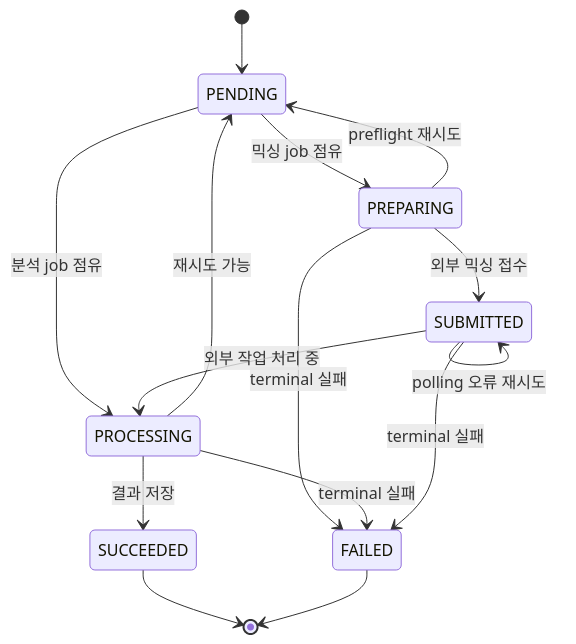
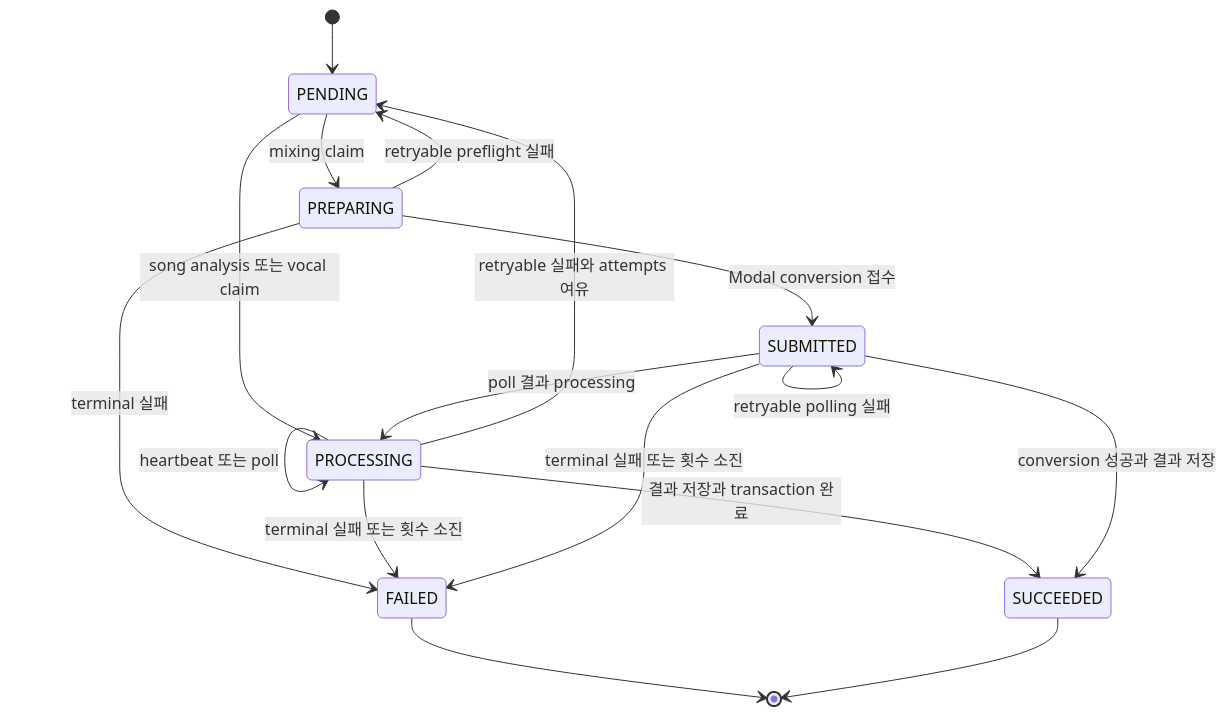
Before and after one commit to leey00nsu/copy-singer: the first of 4 diagrams in openwiki/operations/job-processing.md, drawn with Mermaid. The commit also changed other lines of this file and 49 other files, not shown here.

````diff
--- a/openwiki/operations/job-processing.md
+++ b/openwiki/operations/job-processing.md
@@ -52,17 +53,19 @@
 ```mermaid
 stateDiagram-v2
     [*] --> PENDING
-    PENDING --> PROCESSING: 분석 job 점유
-    PENDING --> PREPARING: 믹싱 job 점유
-    PROCESSING --> PENDING: 재시도 가능
-    PREPARING --> PENDING: preflight 재시도
-    PREPARING --> SUBMITTED: 외부 믹싱 접수
-    SUBMITTED --> PROCESSING: 외부 작업 처리 중
-    SUBMITTED --> SUBMITTED: polling 오류 재시도
-    PROCESSING --> SUCCEEDED: 결과 저장
+    PENDING --> PROCESSING: song analysis 또는 vocal claim
+    PENDING --> PREPARING: mixing claim
+    PREPARING --> SUBMITTED: Modal conversion 접수
+    SUBMITTED --> PROCESSING: poll 결과 processing
+    PROCESSING --> PROCESSING: heartbeat 또는 poll
+    PROCESSING --> PENDING: retryable 실패와 attempts 여유
+    PREPARING --> PENDING: retryable preflight 실패
+    SUBMITTED --> SUBMITTED: retryable polling 실패
+    PROCESSING --> SUCCEEDED: 결과 저장과 transaction 완료
+    SUBMITTED --> SUCCEEDED: conversion 성공과 결과 저장
     PREPARING --> FAILED: terminal 실패
-    PROCESSING --> FAILED: terminal 실패
-    SUBMITTED --> FAILED: terminal 실패
+    PROCESSING --> FAILED: terminal 실패 또는 횟수 소진
+    SUBMITTED --> FAILED: terminal 실패 또는 횟수 소진
+    FAILED --> [*]
     SUCCEEDED --> [*]
-    FAILED --> [*]
 ```
````
